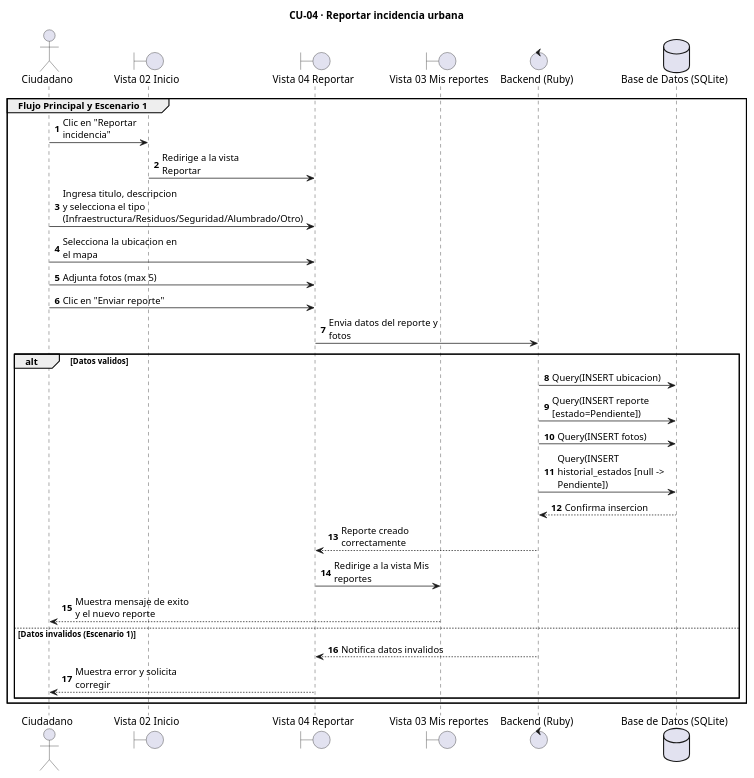
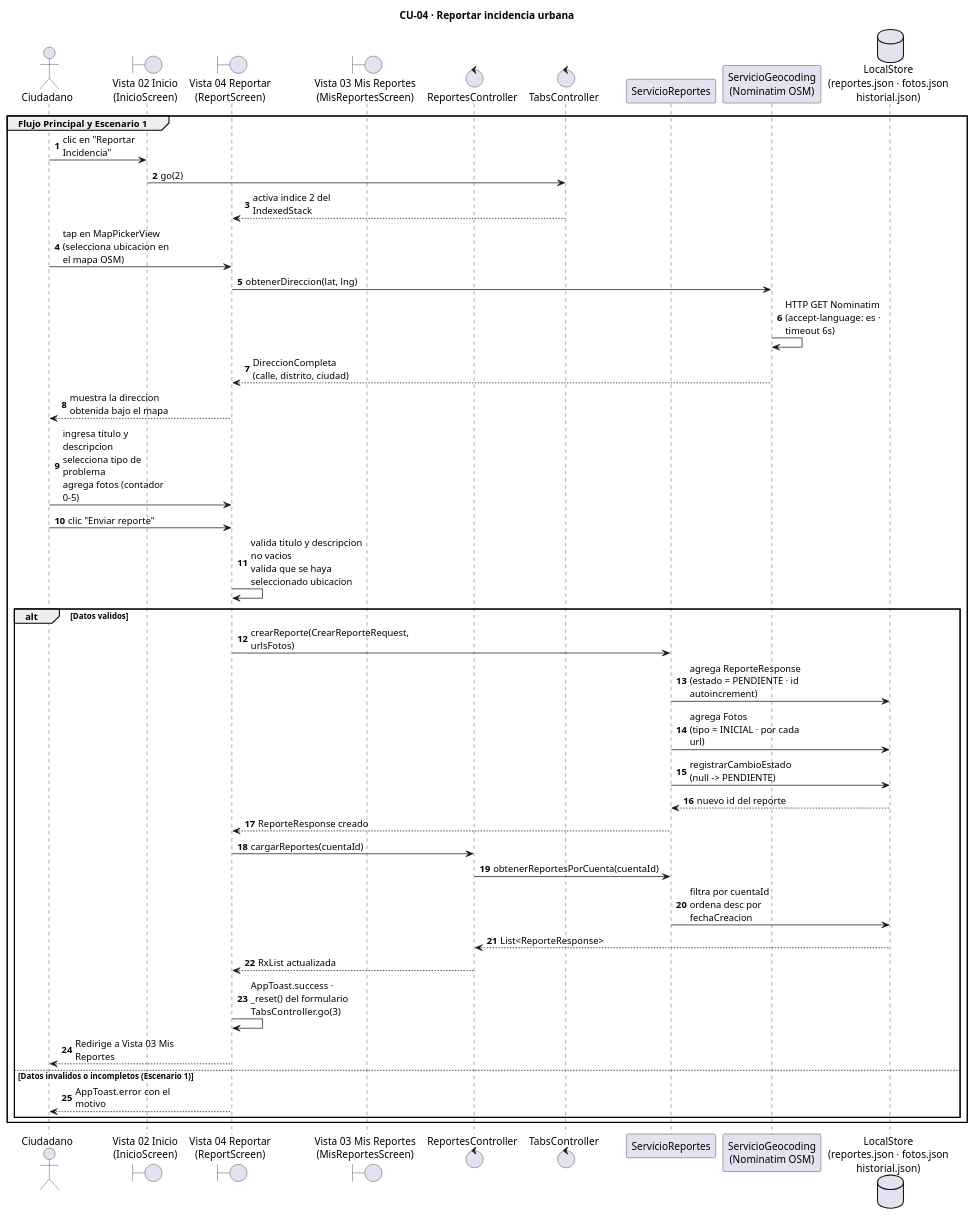
The diagram in docs/diagrams/CU-04_ReportarIncidencia_seq.puml (jeffangeloss/ReportaYA-Front), drawn with PlantUML before and after one commit. The commit also changed 8 other files, not shown here.

Commit message:
diagramas

```diff
--- a/docs/diagrams/CU-04_ReportarIncidencia_seq.puml
+++ b/docs/diagrams/CU-04_ReportarIncidencia_seq.puml
@@ -1,35 +1,49 @@
 @startuml
 title CU-04 · Reportar incidencia urbana
 skinparam maxMessageSize 160
 autonumber
+
 actor Ciudadano
-boundary "Vista 02 Inicio" as V2
-boundary "Vista 04 Reportar" as V4
-boundary "Vista 03 Mis reportes" as V3
-control "Backend (Ruby)" as Backend
-database "Base de Datos (SQLite)" as DB
+boundary "Vista 02 Inicio\n(InicioScreen)" as V2
+boundary "Vista 04 Reportar\n(ReportScreen)" as V4
+boundary "Vista 03 Mis Reportes\n(MisReportesScreen)" as V3
+control "ReportesController" as RCtrl
+control "TabsController" as TCtrl
+participant "ServicioReportes" as SvcR
+participant "ServicioGeocoding\n(Nominatim OSM)" as SvcGeo
+database "LocalStore\n(reportes.json · fotos.json\nhistorial.json)" as DB
 
 group Flujo Principal y Escenario 1
-    Ciudadano -> V2: Clic en "Reportar incidencia"
-    V2 -> V4: Redirige a la vista Reportar
-    Ciudadano -> V4: Ingresa titulo, descripcion y selecciona el tipo\n(Infraestructura/Residuos/Seguridad/Alumbrado/Otro)
-    Ciudadano -> V4: Selecciona la ubicacion en el mapa
-    Ciudadano -> V4: Adjunta fotos (max 5)
-    Ciudadano -> V4: Clic en "Enviar reporte"
-    V4 -> Backend: Envia datos del reporte y fotos
+    Ciudadano -> V2: clic en "Reportar Incidencia"
+    V2 -> TCtrl: go(2)
+    TCtrl --> V4: activa indice 2 del IndexedStack
+
+    Ciudadano -> V4: tap en MapPickerView\n(selecciona ubicacion en el mapa OSM)
+    V4 -> SvcGeo: obtenerDireccion(lat, lng)
+    SvcGeo -> SvcGeo: HTTP GET Nominatim\n(accept-language: es · timeout 6s)
+    SvcGeo --> V4: DireccionCompleta\n(calle, distrito, ciudad)
+    V4 --> Ciudadano: muestra la direccion obtenida bajo el mapa
+
+    Ciudadano -> V4: ingresa titulo y descripcion\nselecciona tipo de problema\nagrega fotos (contador 0-5)
+    Ciudadano -> V4: clic "Enviar reporte"
+    V4 -> V4: valida titulo y descripcion no vacios\nvalida que se haya seleccionado ubicacion
 
     alt Datos validos
-        Backend -> DB: Query(INSERT ubicacion)
-        Backend -> DB: Query(INSERT reporte [estado=Pendiente])
-        Backend -> DB: Query(INSERT fotos)
-        Backend -> DB: Query(INSERT historial_estados [null -> Pendiente])
-        DB --> Backend: Confirma insercion
-        Backend --> V4: Reporte creado correctamente
-        V4 -> V3: Redirige a la vista Mis reportes
-        V3 --> Ciudadano: Muestra mensaje de exito y el nuevo reporte
-    else Datos invalidos (Escenario 1)
-        Backend --> V4: Notifica datos invalidos
-        V4 --> Ciudadano: Muestra error y solicita corregir
+        V4 -> SvcR: crearReporte(CrearReporteRequest, urlsFotos)
+        SvcR -> DB: agrega ReporteResponse\n(estado = PENDIENTE · id autoincrement)
+        SvcR -> DB: agrega Fotos\n(tipo = INICIAL · por cada url)
+        SvcR -> DB: registrarCambioEstado\n(null -> PENDIENTE)
+        DB --> SvcR: nuevo id del reporte
+        SvcR --> V4: ReporteResponse creado
+        V4 -> RCtrl: cargarReportes(cuentaId)
+        RCtrl -> SvcR: obtenerReportesPorCuenta(cuentaId)
+        SvcR -> DB: filtra por cuentaId\nordena desc por fechaCreacion
+        DB --> RCtrl: List<ReporteResponse>
+        RCtrl --> V4: RxList actualizada
+        V4 -> V4: AppToast.success · _reset() del formulario\nTabsController.go(3)
+        V4 --> Ciudadano: Redirige a Vista 03 Mis Reportes
+    else Datos invalidos o incompletos (Escenario 1)
+        V4 --> Ciudadano: AppToast.error con el motivo
     end
 end
 @enduml
```
